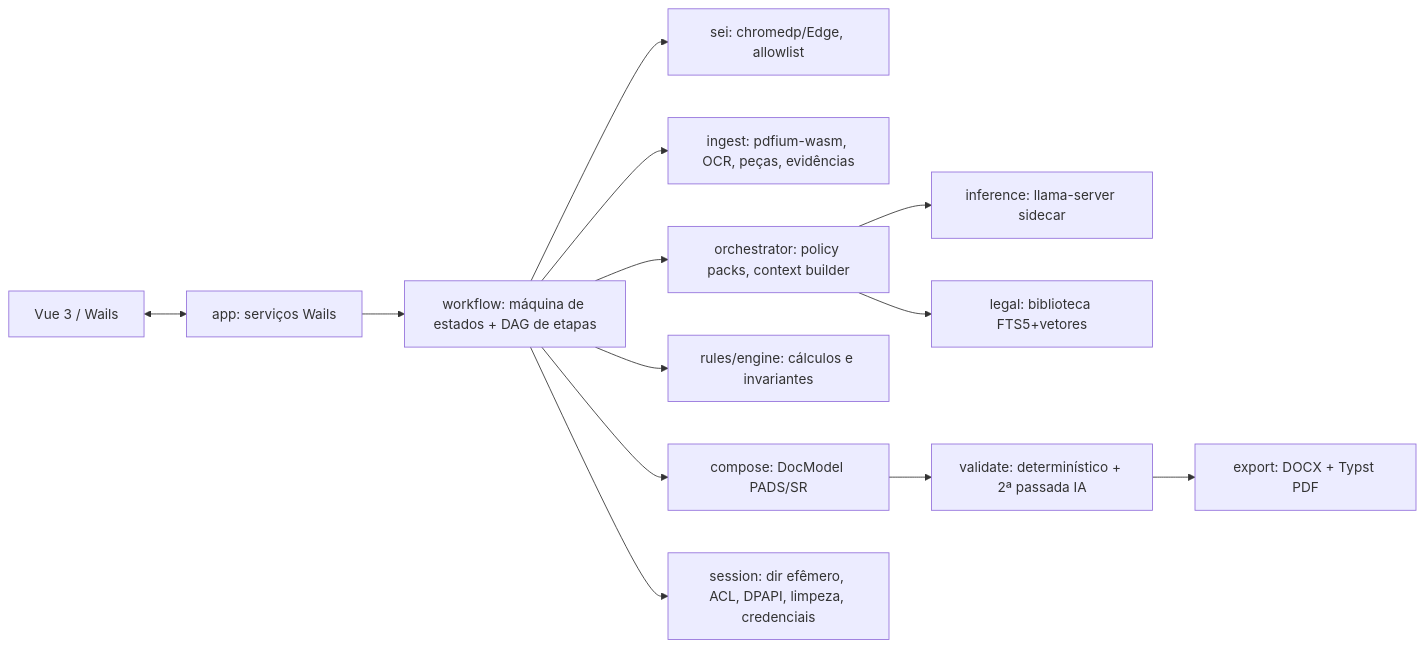
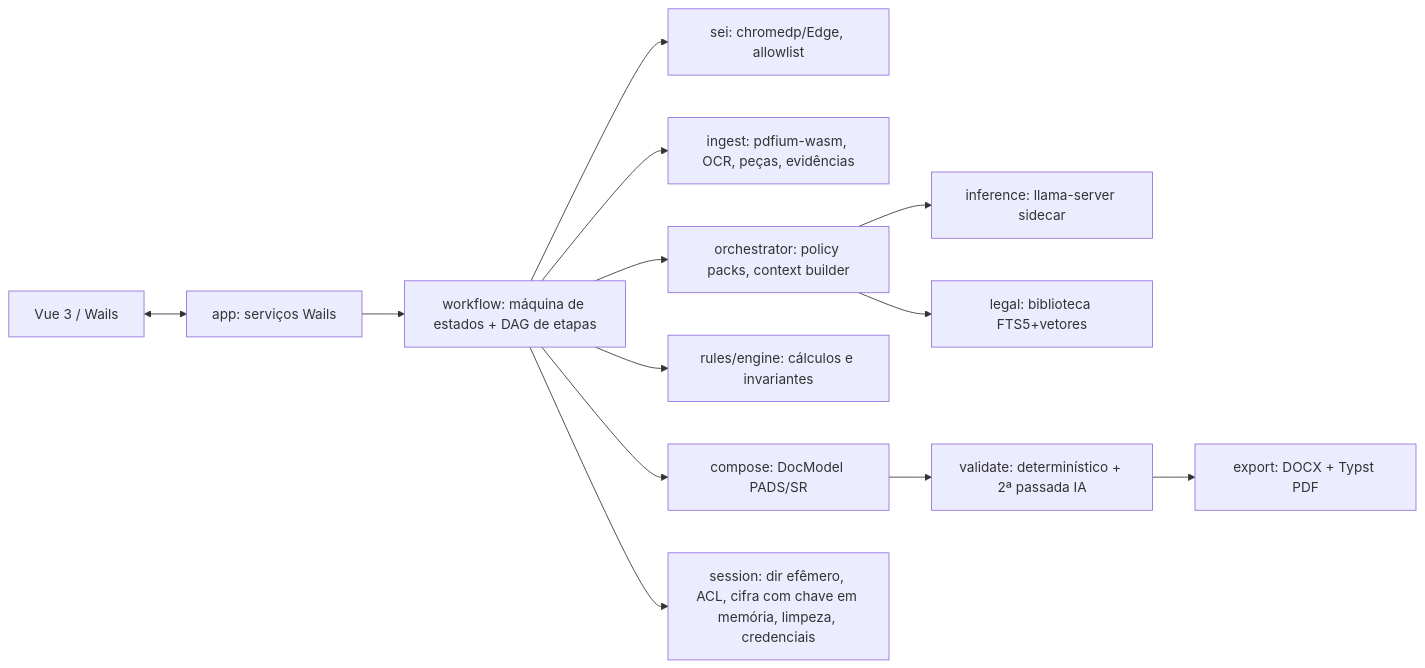
Before and after one commit to DiogoBrazil/sys-executor: the diagram in docs/planning/PLANO_IMPLEMENTACAO_SYS_EXECUTOR.md, drawn with Mermaid. The commit also changed other lines of this file and 6 other files, not shown here.

````diff
--- a/docs/planning/PLANO_IMPLEMENTACAO_SYS_EXECUTOR.md
+++ b/docs/planning/PLANO_IMPLEMENTACAO_SYS_EXECUTOR.md
@@ -126,15 +126,15 @@
 ```mermaid
 flowchart LR
   UI[Vue 3 / Wails] <--> APP[app: serviços Wails]
   APP --> WF[workflow: máquina de estados + DAG de etapas]
   WF --> SEI[sei: chromedp/Edge, allowlist]
   WF --> ING[ingest: pdfium-wasm, OCR, peças, evidências]
   WF --> ORQ[orchestrator: policy packs, context builder]
   ORQ --> INF[inference: llama-server sidecar]
   ORQ --> LEG[legal: biblioteca FTS5+vetores]
   WF --> ENG[rules/engine: cálculos e invariantes]
   WF --> CMP[compose: DocModel PADS/SR]
   CMP --> VAL[validate: determinístico + 2ª passada IA]
   VAL --> EXP[export: DOCX + Typst PDF]
-  WF --> SES[session: dir efêmero, ACL, DPAPI, limpeza, credenciais]
+  WF --> SES[session: dir efêmero, ACL, cifra com chave em memória, limpeza, credenciais]
 ```
````
